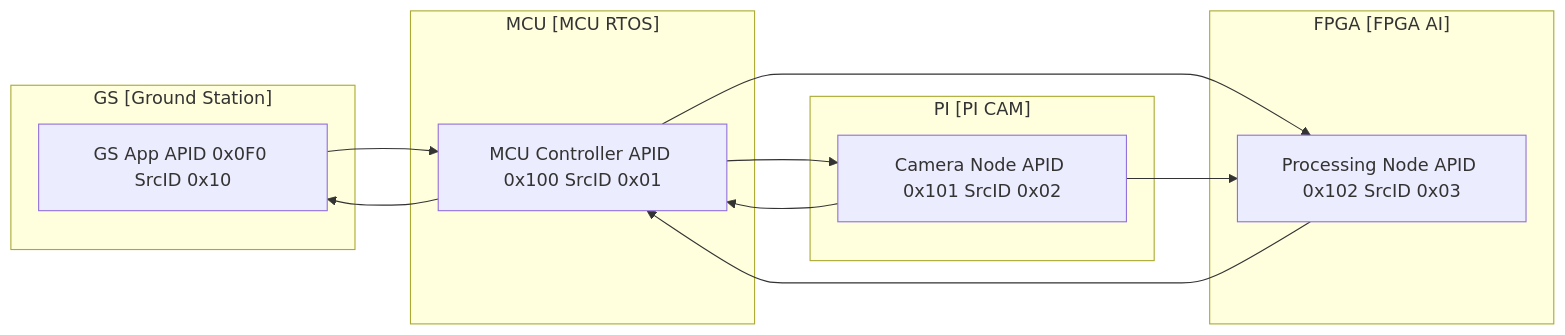
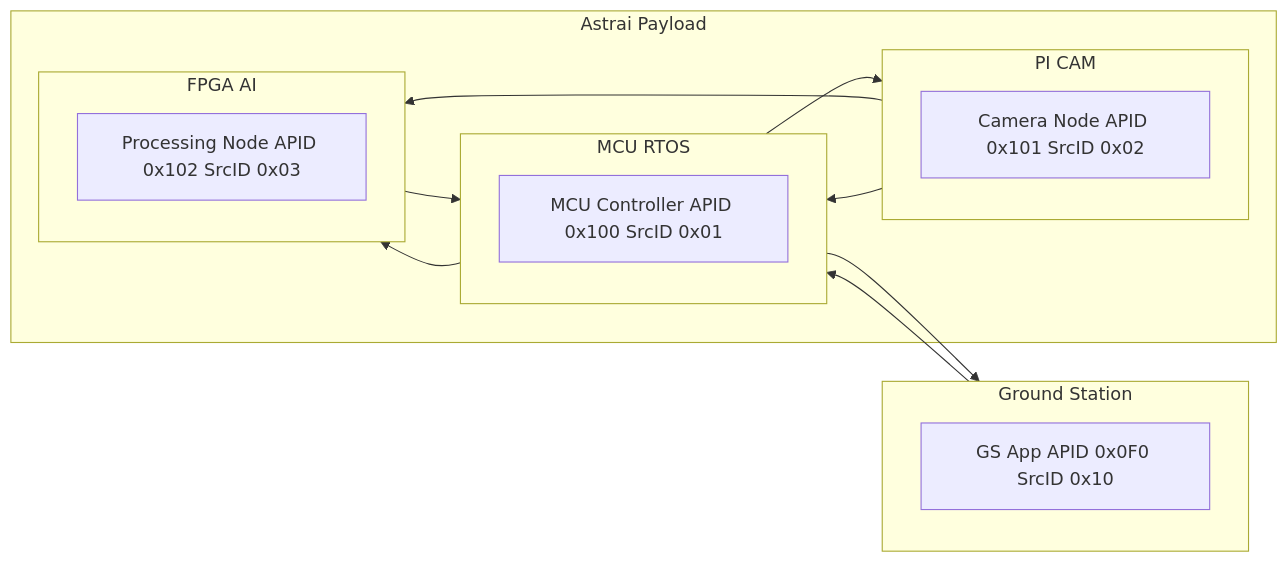
Before and after one commit to ExoSpaceLabs/exn: the first of 3 diagrams in README.md, drawn with Mermaid. The commit also changed other lines of this file and 1 other file, not shown here.

Commit message:
fix(astrai): add example flows and update system graph

````diff
--- a/README.md
+++ b/README.md
@@ -41,30 +41,38 @@
 ```mermaid
-flowchart LR
-  %% Simplified for GitHub Mermaid (avoid parentheses/commas and edge labels)
-  subgraph "GS [Ground Station]"
+graph LR
+  %% GitHub-friendly Mermaid: quoted subgraph labels and explicit directions
+  subgraph "Ground Station"
+    direction TB
     GSNode[GS App APID 0x0F0 SrcID 0x10]
   end
 
-  subgraph "MCU [MCU RTOS]"
-    MCUNode[MCU Controller APID 0x100 SrcID 0x01]
-  end
-
-  subgraph "PI [PI CAM]"
-    PiNode[Camera Node APID 0x101 SrcID 0x02]
-  end
-
-  subgraph "FPGA [FPGA AI]"
-    FpgaNode[Processing Node APID 0x102 SrcID 0x03]
+  subgraph "Astrai Payload"
+  
+      subgraph "MCU RTOS"
+        direction TB
+        MCUNode[MCU Controller APID 0x100 SrcID 0x01]
+      end
+    
+      subgraph "PI CAM"
+        direction TB
+        PiNode[Camera Node APID 0x101 SrcID 0x02]
+      end
+    
+      subgraph "FPGA AI"
+        direction TB
+        FpgaNode[Processing Node APID 0x102 SrcID 0x03]
+      end
+      
   end
 
   GSNode --> MCUNode
   MCUNode --> GSNode
 
   MCUNode --> PiNode
   MCUNode --> FpgaNode
 
   PiNode --> MCUNode
   FpgaNode --> MCUNode
 
   PiNode --> FpgaNode
 ```
````
